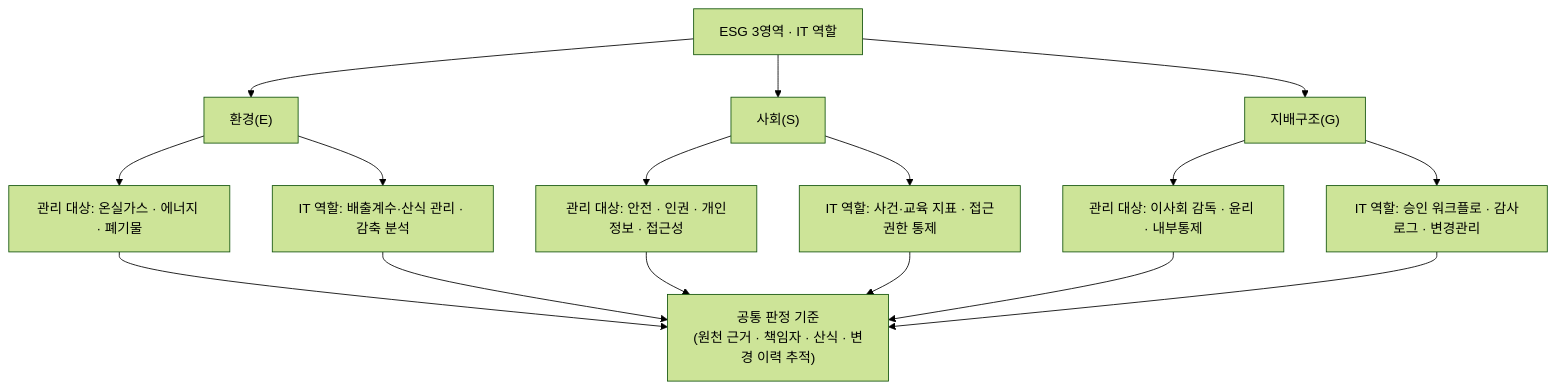
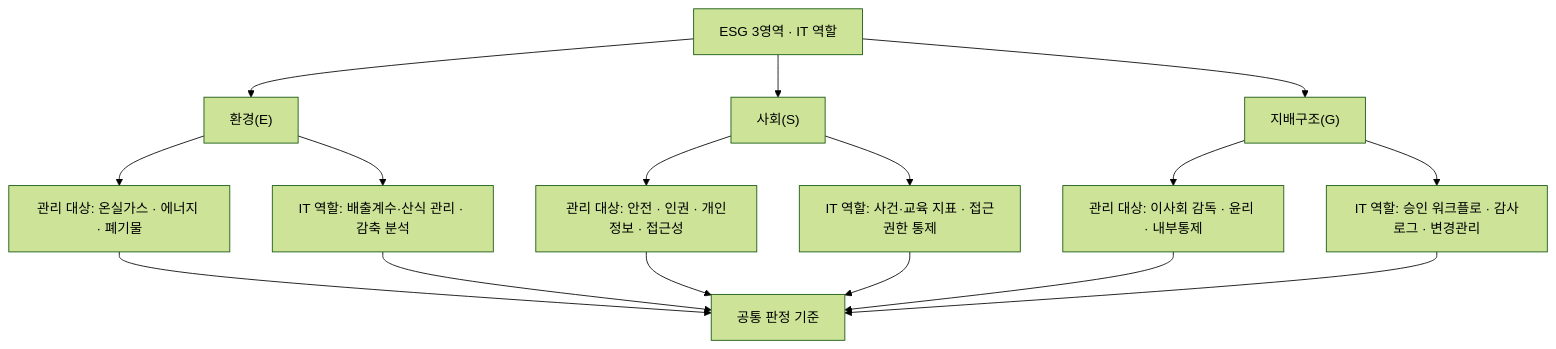
The first of 4 diagrams in src/content/docs/notes/itpe/01-it-strategy/011_esg.md (agnusdei1207/study), drawn with Mermaid (forest theme) before and after one commit. The commit also changed other lines of this file and 19 other files, not shown here.

````diff
--- a/src/content/docs/notes/itpe/01-it-strategy/011_esg.md
+++ b/src/content/docs/notes/itpe/01-it-strategy/011_esg.md
@@ -58,19 +58,19 @@
 ```mermaid
 flowchart TD
     ROOT["ESG 3영역 · IT 역할"] --> E["환경(E)"]
     ROOT --> S["사회(S)"]
     ROOT --> G["지배구조(G)"]
 
     E --> E1["관리 대상: 온실가스 · 에너지 · 폐기물"]
     E --> E2["IT 역할: 배출계수·산식 관리 · 감축 분석"]
 
     S --> S1["관리 대상: 안전 · 인권 · 개인정보 · 접근성"]
     S --> S2["IT 역할: 사건·교육 지표 · 접근권한 통제"]
 
     G --> G1["관리 대상: 이사회 감독 · 윤리 · 내부통제"]
     G --> G2["IT 역할: 승인 워크플로 · 감사로그 · 변경관리"]
 
-    E1 & E2 --> CRIT["공통 판정 기준<br/>(원천 근거 · 책임자 · 산식 · 변경 이력 추적)"]
+    E1 & E2 --> CRIT["공통 판정 기준"]
     S1 & S2 --> CRIT
     G1 & G2 --> CRIT
 ```
````
